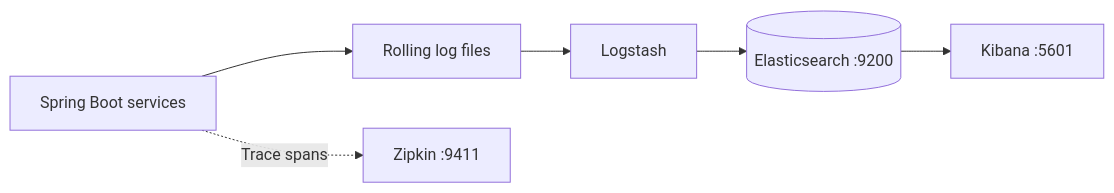
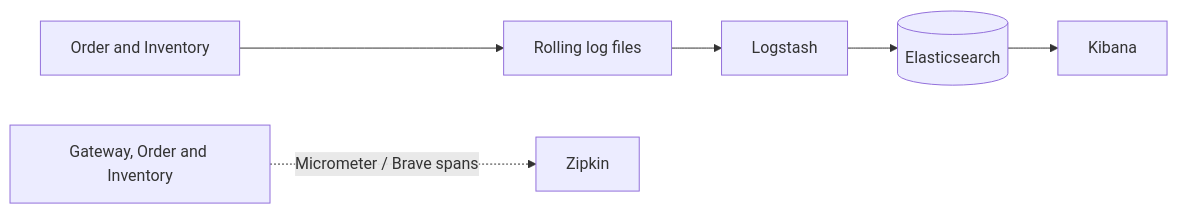
Before and after one commit to shubhgaur37/eCommerce: the fourth of 4 diagrams in README.md, drawn with Mermaid. The commit also changed other lines of this file and 6 other files, not shown here.

````diff
--- a/README.md
+++ b/README.md
@@ -89,8 +130,8 @@
 ```mermaid
 flowchart LR
-    services["Spring Boot services"] --> logs["Rolling log files"]
-    logs --> logstash["Logstash"]
-    logstash --> elasticsearch[("Elasticsearch :9200")]
-    elasticsearch --> kibana["Kibana :5601"]
-    services -. "Trace spans" .-> zipkin["Zipkin :9411"]
+    services["Order and Inventory"] --> files["Rolling log files"]
+    files --> logstash["Logstash"]
+    logstash --> elastic[("Elasticsearch")]
+    elastic --> kibana["Kibana"]
+    apps["Gateway, Order and Inventory"] -. "Micrometer / Brave spans" .-> zipkin["Zipkin"]
 ```
````
